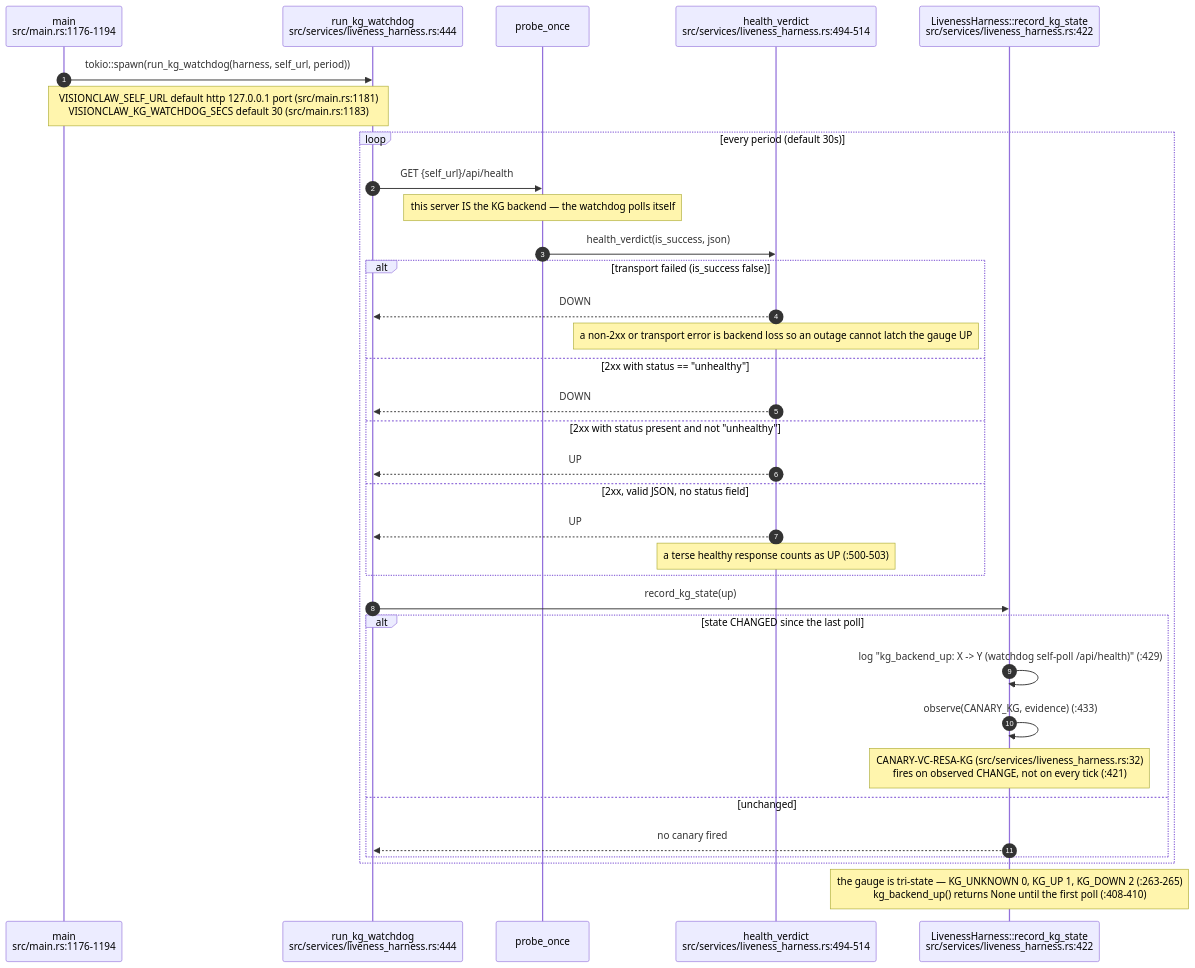
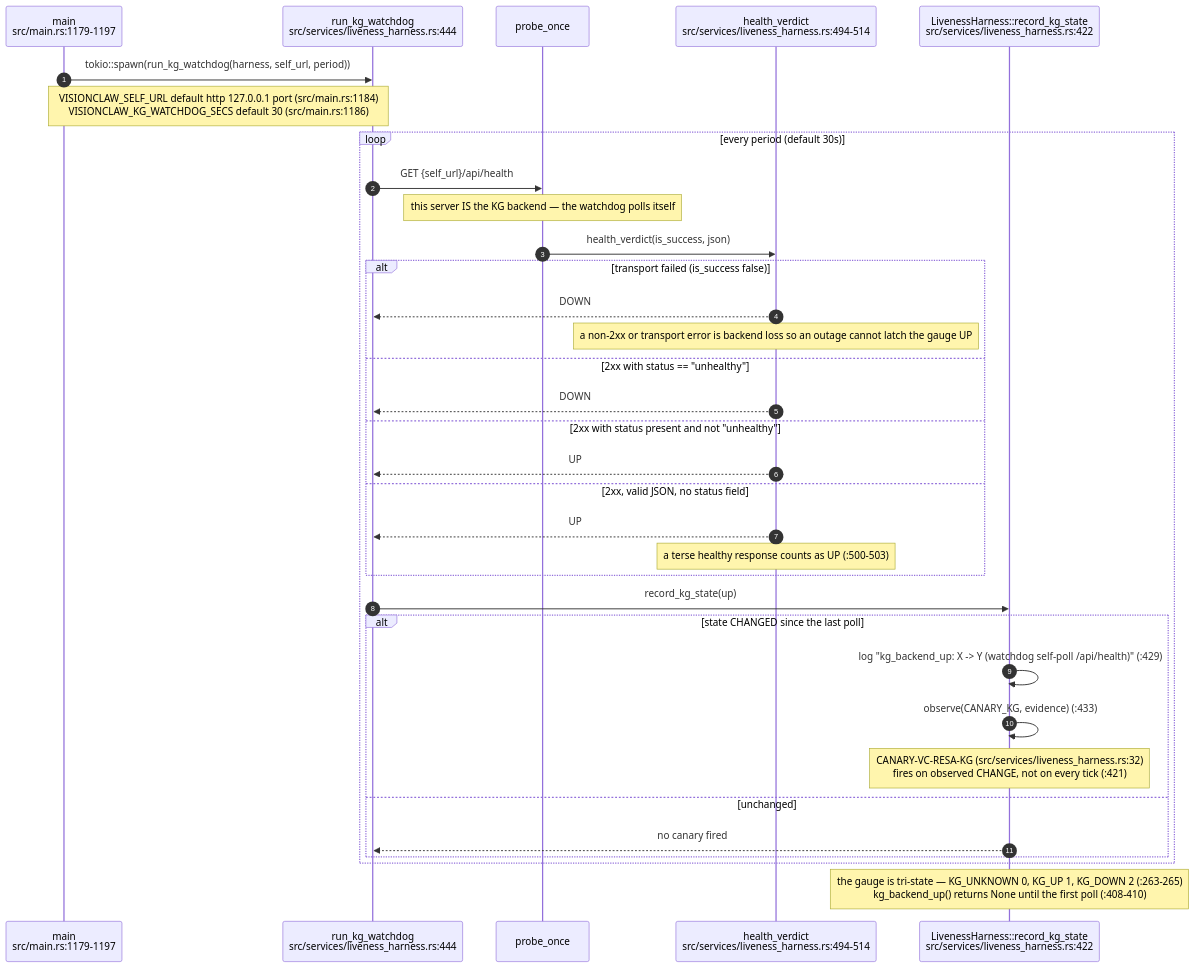
One commit to DreamLab-AI/AR-AI-Knowledge-Graph changed the second of 12 diagrams in docs/diagrams/visionclaw/08-observability-health-and-dev-loop.md. Above: the diagram before and after it, drawn with Mermaid. The commit also changed other lines of this file and 73 other files, not shown here.

First line of the commit message:
docs(diagrams): re-verify all 71 topic files against HEAD; add --cite-check

````diff
--- a/docs/diagrams/visionclaw/08-observability-health-and-dev-loop.md
+++ b/docs/diagrams/visionclaw/08-observability-health-and-dev-loop.md
@@ -65,37 +65,37 @@
 ```mermaid
 sequenceDiagram
     autonumber
-    participant M as main<br/>src/main.rs:1176-1194
+    participant M as main<br/>src/main.rs:1179-1197
     participant W as run_kg_watchdog<br/>src/services/liveness_harness.rs:444
     participant P as probe_once
     participant V as health_verdict<br/>src/services/liveness_harness.rs:494-514
     participant H as LivenessHarness::record_kg_state<br/>src/services/liveness_harness.rs:422
 
     M->>W: tokio::spawn(run_kg_watchdog(harness, self_url, period))
-    Note over M,W: VISIONCLAW_SELF_URL default http 127.0.0.1 port (src/main.rs:1181)<br/>VISIONCLAW_KG_WATCHDOG_SECS default 30 (src/main.rs:1183)
+    Note over M,W: VISIONCLAW_SELF_URL default http 127.0.0.1 port (src/main.rs:1184)<br/>VISIONCLAW_KG_WATCHDOG_SECS default 30 (src/main.rs:1186)
     loop every period (default 30s)
         W->>P: GET {self_url}/api/health
         Note over P: this server IS the KG backend — the watchdog polls itself
         P->>V: health_verdict(is_success, json)
         alt transport failed (is_success false)
             V-->>W: DOWN
             Note over V: a non-2xx or transport error is backend loss so an outage cannot latch the gauge UP
         else 2xx with status == "unhealthy"
             V-->>W: DOWN
         else 2xx with status present and not "unhealthy"
             V-->>W: UP
         else 2xx, valid JSON, no status field
             V-->>W: UP
             Note over V: a terse healthy response counts as UP (:500-503)
         end
         W->>H: record_kg_state(up)
         alt state CHANGED since the last poll
             H->>H: log "kg_backend_up: X -> Y (watchdog self-poll /api/health)" (:429)
             H->>H: observe(CANARY_KG, evidence) (:433)
             Note over H: CANARY-VC-RESA-KG (src/services/liveness_harness.rs:32)<br/>fires on observed CHANGE, not on every tick (:421)
         else unchanged
             H-->>W: no canary fired
         end
     end
     Note over H: the gauge is tri-state — KG_UNKNOWN 0, KG_UP 1, KG_DOWN 2 (:263-265)<br/>kg_backend_up() returns None until the first poll (:408-410)
 ```
````
